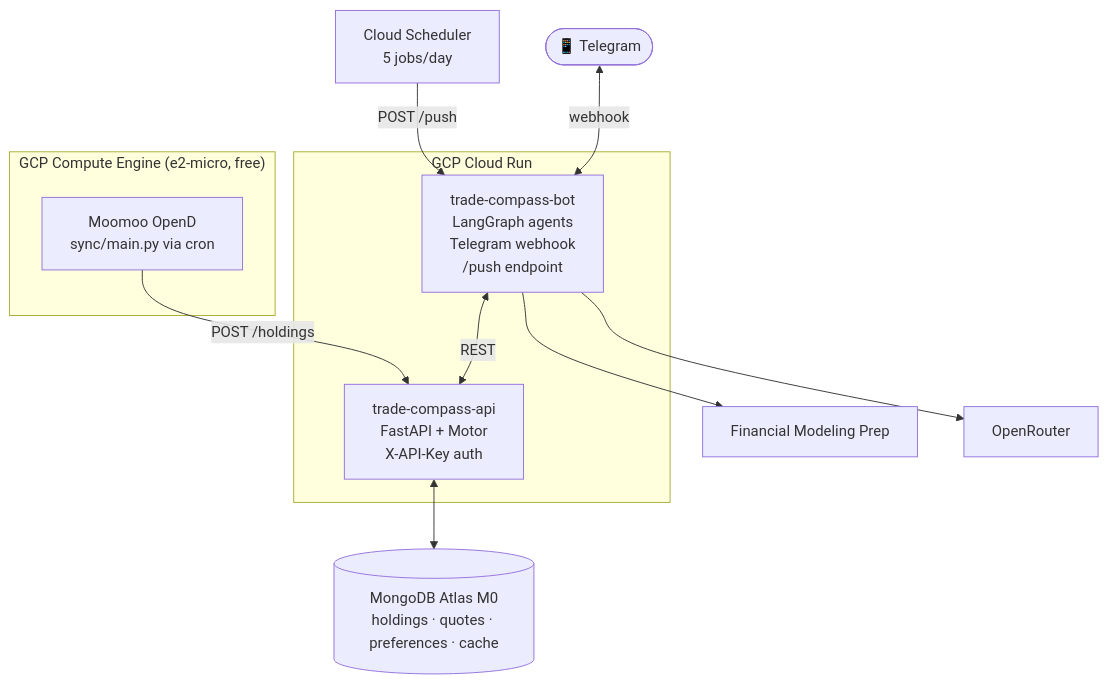
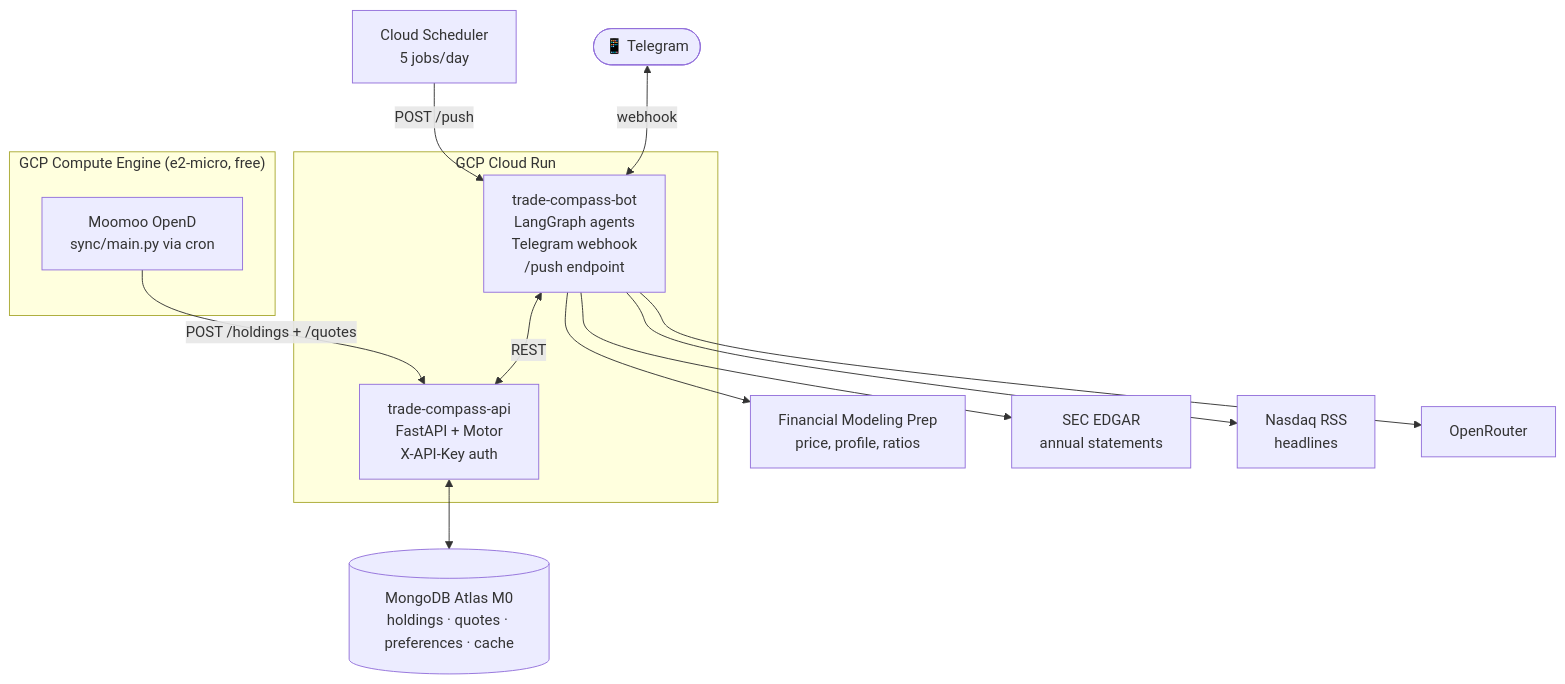
Before and after one commit to PCBZ/trade-compass: the first of 2 diagrams in README.md, drawn with Mermaid. The commit also changed other lines of this file, not shown here.

Commit message:
fix: update README to reflect new data sources and sync processes for positions and quotes

````diff
--- a/README.md
+++ b/README.md
@@ -25,26 +25,30 @@
 ```mermaid
 flowchart TD
     User([📱 Telegram])
 
     subgraph CR["GCP Cloud Run"]
         BOT["trade-compass-bot<br/>LangGraph agents<br/>Telegram webhook<br/>/push endpoint"]
         API["trade-compass-api<br/>FastAPI + Motor<br/>X-API-Key auth"]
     end
 
     subgraph GCE["GCP Compute Engine (e2-micro, free)"]
         VM["Moomoo OpenD<br/>sync/main.py via cron"]
     end
 
     DB[("MongoDB Atlas M0<br/>holdings · quotes · preferences · cache")]
     SCHED["Cloud Scheduler<br/>5 jobs/day"]
-    FMP["Financial Modeling Prep"]
+    FMP["Financial Modeling Prep<br/>price, profile, ratios"]
+    EDGAR["SEC EDGAR<br/>annual statements"]
+    NEWS["Nasdaq RSS<br/>headlines"]
     LLM["OpenRouter"]
 
     User <-->|webhook| BOT
     SCHED -->|POST /push| BOT
     BOT --> FMP
+    BOT --> EDGAR
+    BOT --> NEWS
     BOT --> LLM
     BOT <-->|REST| API
     API <--> DB
-    VM -->|POST /holdings| API
+    VM -->|POST /holdings + /quotes| API
 ```
````
